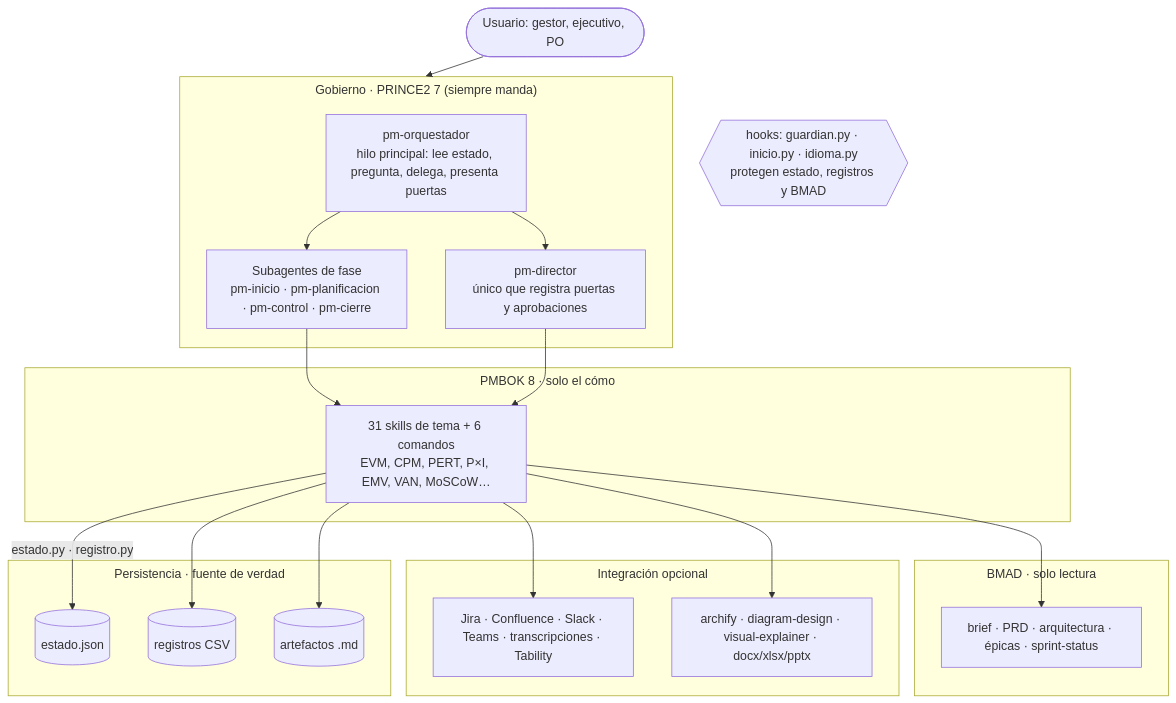
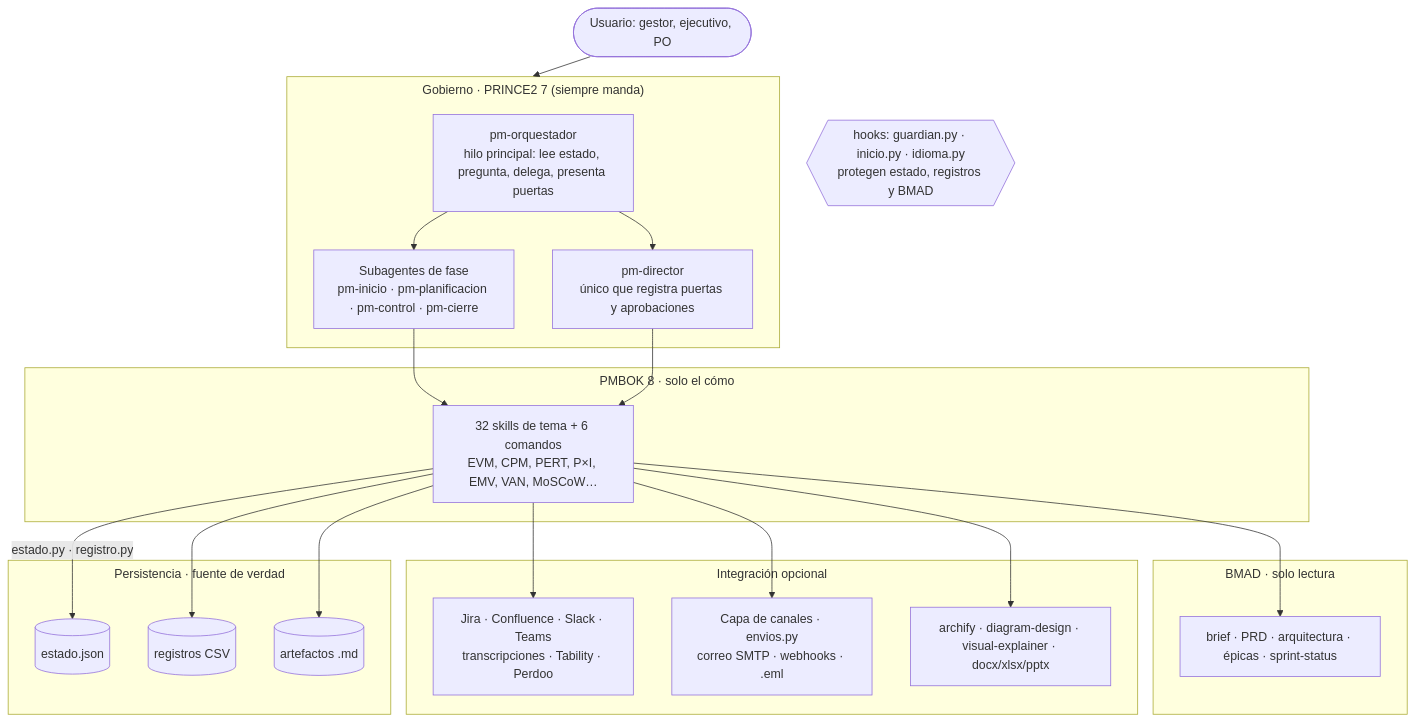
The first of 7 diagrams in README.md (Arturo-Penas-Rial/pm-method), drawn with Mermaid before and after one commit. The commit also changed other lines of this file and 144 other files, not shown here.

Commit message:
pm-method 2.2.0: maestro de interesados, capa de canales, OKR v2.2, riesgos desde cuatro fuentes y controles permanentes

````diff
--- a/README.md
+++ b/README.md
@@ -58,43 +85,45 @@
 ```mermaid
 ---
 config:
   flowchart:
     subGraphTitleMargin:
       top: 6
       bottom: 18
 ---
 flowchart TB
     U([Usuario: gestor, ejecutivo, PO]) --> G
     subgraph G["Gobierno · PRINCE2 7 (siempre manda)"]
         O["pm-orquestador<br/>hilo principal: lee estado, pregunta, delega, presenta puertas"]
         D["pm-director<br/>único que registra puertas y aprobaciones"]
         F["Subagentes de fase<br/>pm-inicio · pm-planificacion · pm-control · pm-cierre"]
     end
     subgraph T["PMBOK 8 · solo el cómo"]
-        S["31 skills de tema + 6 comandos<br/>EVM, CPM, PERT, P×I, EMV, VAN, MoSCoW…"]
+        S["32 skills de tema + 6 comandos<br/>EVM, CPM, PERT, P×I, EMV, VAN, MoSCoW…"]
     end
     subgraph E["BMAD · solo lectura"]
         B["brief · PRD · arquitectura · épicas · sprint-status"]
     end
     subgraph I["Integración opcional"]
-        M["Jira · Confluence · Slack · Teams · transcripciones · Tability"]
+        M["Jira · Confluence · Slack · Teams<br/>transcripciones · Tability · Perdoo"]
+        C["Capa de canales · envios.py<br/>correo SMTP · webhooks · .eml"]
         X["archify · diagram-design · visual-explainer · docx/xlsx/pptx"]
     end
     subgraph P["Persistencia · fuente de verdad"]
         J[("estado.json")]
         R[("registros CSV")]
         A[("artefactos .md")]
     end
     O --> F
     O --> D
     F --> S
     D --> S
     S --> B
     S --> M
+    S --> C
     S --> X
     S -->|"estado.py · registro.py"| J
     S --> R
     S --> A
     H{{"hooks: guardian.py · inicio.py · idioma.py<br/>protegen estado, registros y BMAD"}}
     U ~~~ H
 ```
````
